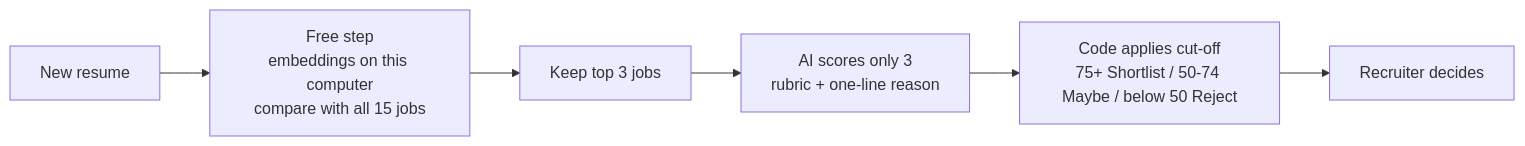
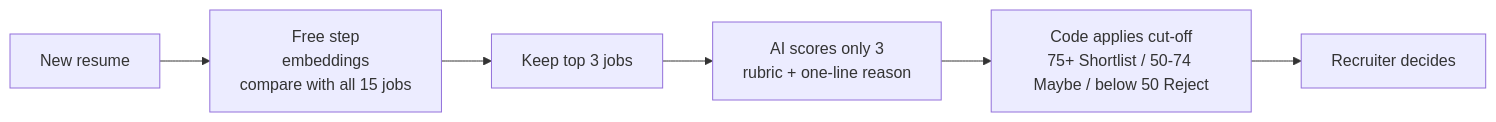
The first of 2 diagrams in matcher/README.md (arnav2293-afk/ai-resume-screener), drawn with Mermaid before and after one commit. The commit also changed other lines of this file and 1 other file, not shown here.

````diff
--- a/matcher/README.md
+++ b/matcher/README.md
@@ -11,8 +12,8 @@
 ```mermaid
 flowchart LR
-    R[New resume] --> E[Free step<br/>embeddings on this computer<br/>compare with all 15 jobs]
+    R[New resume] --> E[Free step<br/>embeddings<br/>compare with all 15 jobs]
     E --> T[Keep top 3 jobs]
     T --> AI[AI scores only 3<br/>rubric + one-line reason]
     AI --> C[Code applies cut-off<br/>75+ Shortlist / 50-74 Maybe / below 50 Reject]
     C --> H[Recruiter decides]
 ```
````
